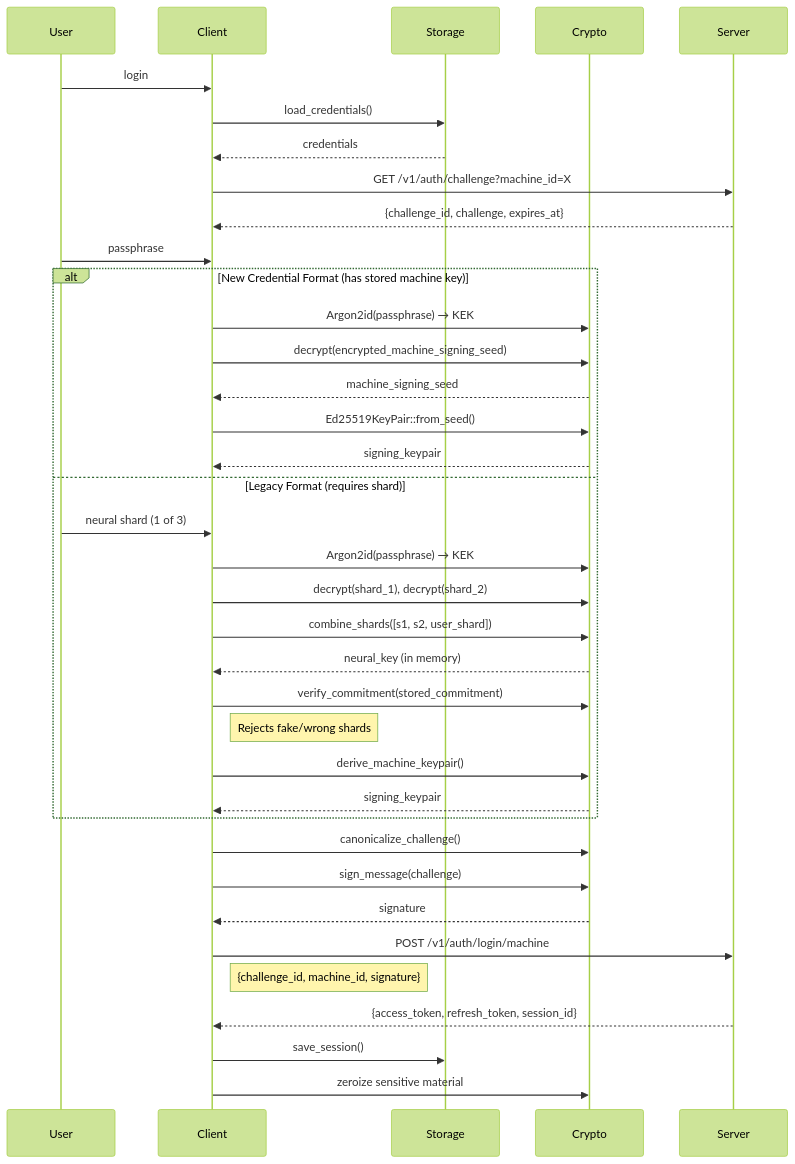
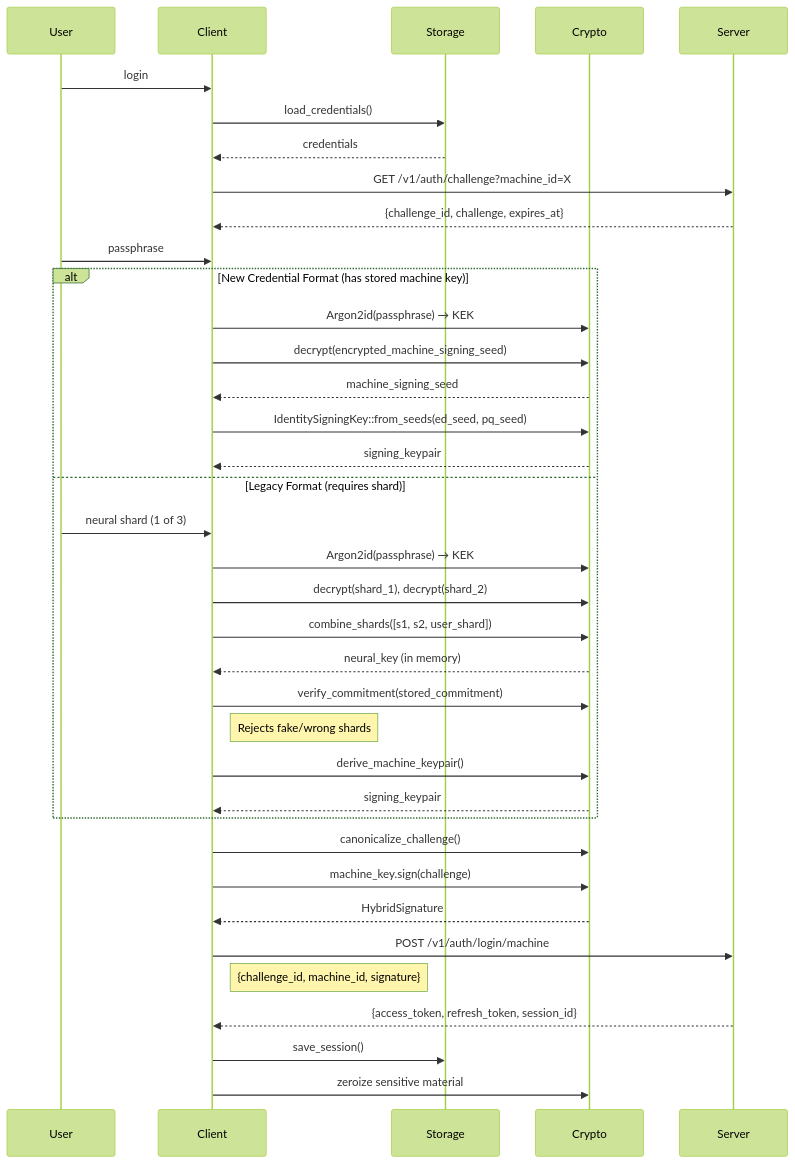
Before and after one commit to cypher-asi/zero-auth: the fifth of 7 diagrams in docs/spec/v0.1.0/09-client.md, drawn with Mermaid (forest theme). The commit also changed other lines of this file and 13 other files, not shown here.

First line of the commit message:
docs: remove Ed25519KeyPair, sign_message, and classical-only references from all documentation to reflect PQ-Hybrid migration

````diff
--- a/docs/spec/v0.1.0/09-client.md
+++ b/docs/spec/v0.1.0/09-client.md
@@ -300,47 +300,47 @@
 ```mermaid
 sequenceDiagram
     participant User
     participant Client
     participant Storage
     participant Crypto
     participant Server
     
     User->>Client: login
     
     Client->>Storage: load_credentials()
     Storage-->>Client: credentials
     
     Client->>Server: GET /v1/auth/challenge?machine_id=X
     Server-->>Client: {challenge_id, challenge, expires_at}
     
     User->>Client: passphrase
     
     alt New Credential Format (has stored machine key)
         Client->>Crypto: Argon2id(passphrase) → KEK
         Client->>Crypto: decrypt(encrypted_machine_signing_seed)
         Crypto-->>Client: machine_signing_seed
-        Client->>Crypto: Ed25519KeyPair::from_seed()
+        Client->>Crypto: IdentitySigningKey::from_seeds(ed_seed, pq_seed)
         Crypto-->>Client: signing_keypair
     else Legacy Format (requires shard)
         User->>Client: neural shard (1 of 3)
         Client->>Crypto: Argon2id(passphrase) → KEK
         Client->>Crypto: decrypt(shard_1), decrypt(shard_2)
         Client->>Crypto: combine_shards([s1, s2, user_shard])
         Crypto-->>Client: neural_key (in memory)
         Client->>Crypto: verify_commitment(stored_commitment)
         Note right of Client: Rejects fake/wrong shards
         Client->>Crypto: derive_machine_keypair()
         Crypto-->>Client: signing_keypair
     end
     
     Client->>Crypto: canonicalize_challenge()
-    Client->>Crypto: sign_message(challenge)
-    Crypto-->>Client: signature
+    Client->>Crypto: machine_key.sign(challenge)
+    Crypto-->>Client: HybridSignature
     
     Client->>Server: POST /v1/auth/login/machine
     Note right of Client: {challenge_id, machine_id, signature}
     Server-->>Client: {access_token, refresh_token, session_id}
     
     Client->>Storage: save_session()
     Client->>Crypto: zeroize sensitive material
 ```
````
